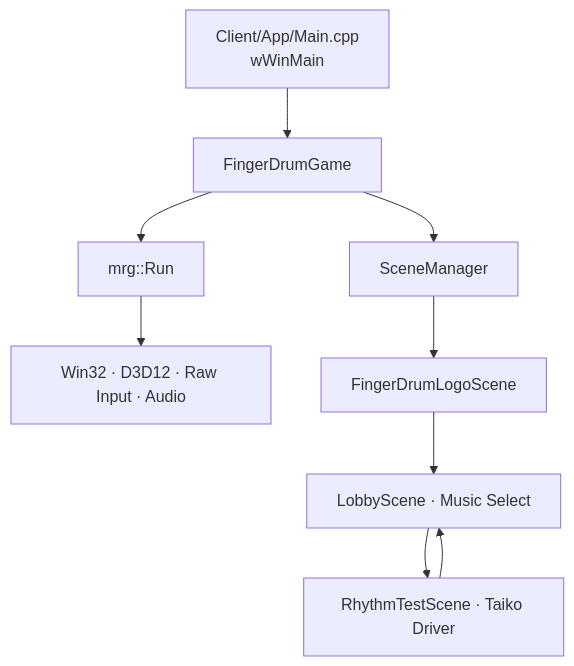
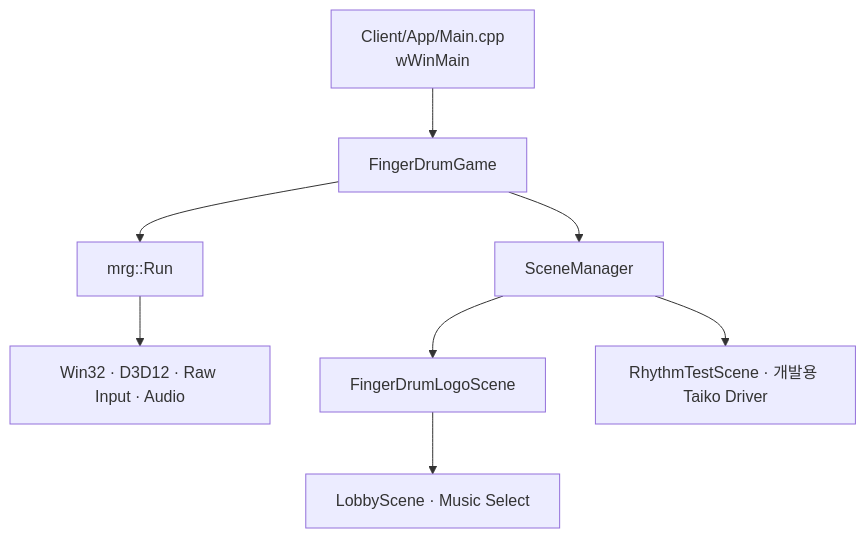
Before and after one commit to 4dblackhole/MyRhythmGame-Client: the diagram in Docs/ExecutionFlow.md, drawn with Mermaid. The commit also changed other lines of this file and 14 other files, not shown here.

````diff
--- a/Docs/ExecutionFlow.md
+++ b/Docs/ExecutionFlow.md
@@ -6,11 +6,10 @@
 ```mermaid
 flowchart TD
     Entry["Client/App/Main.cpp\nwWinMain"] --> Game["FingerDrumGame"]
     Game --> Run["mrg::Run"]
     Run --> Systems["Win32 · D3D12 · Raw Input · Audio"]
     Game --> Manager["SceneManager"]
     Manager --> Logo["FingerDrumLogoScene"]
     Logo --> Lobby["LobbyScene · Music Select"]
-    Lobby --> Test["RhythmTestScene · Taiko Driver"]
-    Test --> Lobby
+    Manager --> Test["RhythmTestScene · 개발용 Taiko Driver"]
 ```
````
